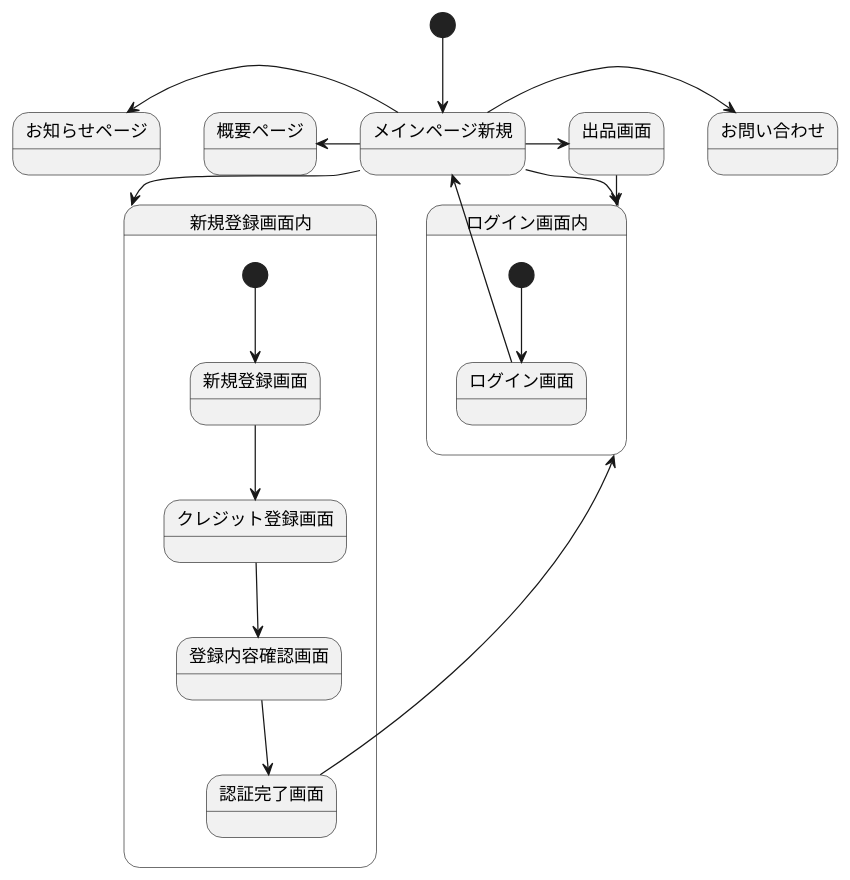
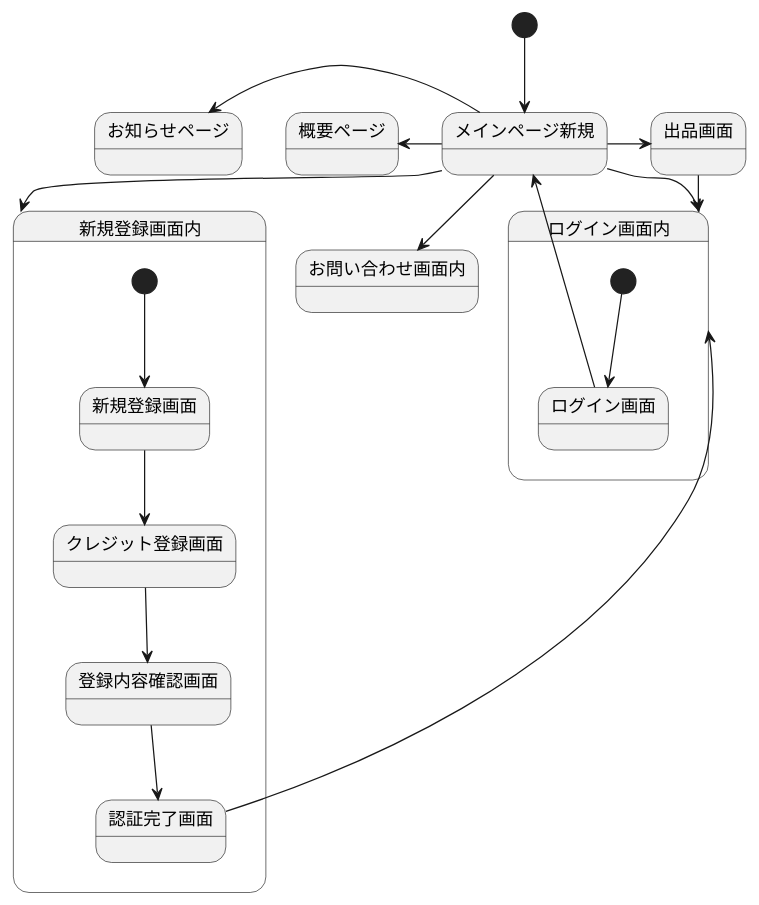
Before and after one commit to Aso2001147/2021SystemDesign: the diagram in 画面遷移図.md, drawn with PlantUML.

````diff
--- a/画面遷移図.md
+++ b/画面遷移図.md
@@ -1,28 +1,28 @@
 ```uml
 @startuml
 [*] --> メインページ新規
 メインページ新規 -left-> 概要ページ
-メインページ新規 -> お問い合わせ
+メインページ新規 --> お問い合わせ画面内
 メインページ新規 -left-> お知らせページ
 メインページ新規 --> ログイン画面内
 メインページ新規 --> 新規登録画面内
 メインページ新規 -> 出品画面
 出品画面 -> ログイン画面内
 
 
 state 新規登録画面内{
 [*] --> 新規登録画面
 新規登録画面 -down-> クレジット登録画面
 クレジット登録画面 -down-> 登録内容確認画面
 登録内容確認画面 -down-> 認証完了画面
 認証完了画面 -up-> ログイン画面内
 }
 
 state ログイン画面内{
 [*] -down-> ログイン画面
 ログイン画面 -up-> メインページ新規
 }
 
 
 @enduml
 ```
````
